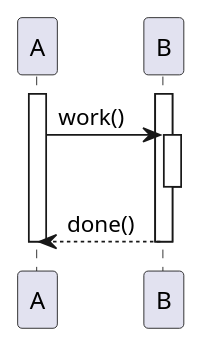
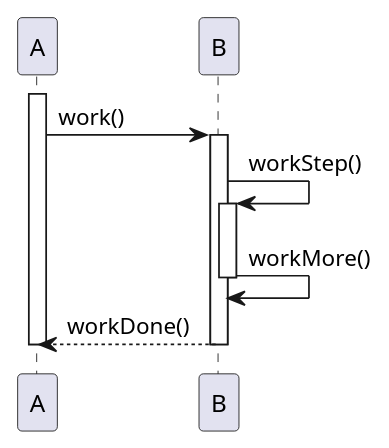
Before and after one commit to SuperPyonchiX/NextDesign_Script: the diagram in SequenceImportProbe/samples/structure-reconnect-before.puml, drawn with PlantUML. The commit also changed 13 other files, not shown here.

```diff
--- a/SequenceImportProbe/samples/structure-reconnect-before.puml
+++ b/SequenceImportProbe/samples/structure-reconnect-before.puml
@@ -1,12 +1,14 @@
 @startuml
 participant A
 participant B
-activate B
 activate A
 A -> B : work()
 activate B
+B -> B : workStep()
+activate B
+B -> B : workMore()
 deactivate B
-B --> A : done()
+B --> A : workDone()
 deactivate B
 deactivate A
 @enduml
```
